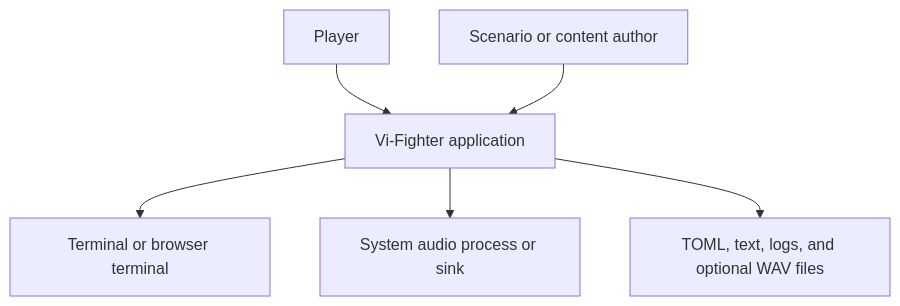
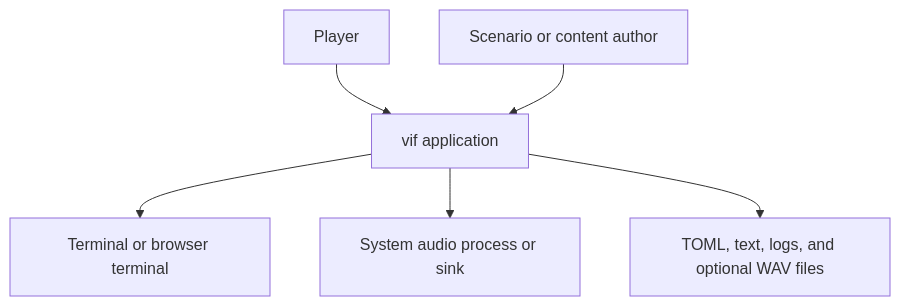
The first of 3 diagrams in doc/architecture.md (lixenwraith/vi-fighter), drawn with Mermaid before and after one commit. The commit also changed other lines of this file and 50 other files, not shown here.

````diff
--- a/doc/architecture.md
+++ b/doc/architecture.md
@@ -19,8 +19,8 @@
 ```mermaid
 flowchart TD
-    Player["Player"] --> App["Vi-Fighter application"]
+    Player["Player"] --> App["vif application"]
     Author["Scenario or content author"] --> App
     App --> Terminal["Terminal or browser terminal"]
     App --> Audio["System audio process or sink"]
     App --> Files["TOML, text, logs, and optional WAV files"]
 ```
````
